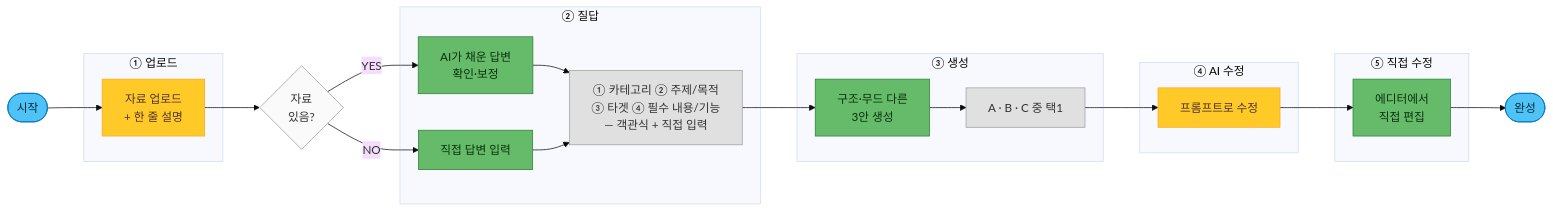
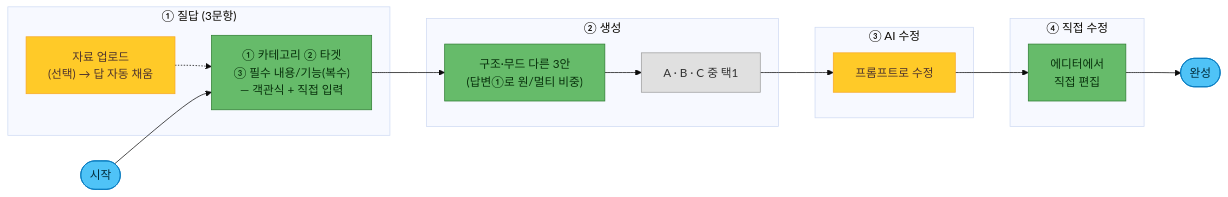
One commit to CdBd-in/cdbd-templates changed the diagram in 1. 작업 가이드/1-9. AI 유저 플로우 (제품 설계도).md. Above: the diagram before and after it, drawn with Mermaid (base theme). The commit also changed other lines of this file, not shown here.

Commit message:
vault backup: 2026-07-09 11:36:23

````diff
--- a/1. 작업 가이드/1-9. AI 유저 플로우 (제품 설계도).md
+++ b/1. 작업 가이드/1-9. AI 유저 플로우 (제품 설계도).md
@@ -89,39 +89,30 @@
 ```mermaid
 flowchart LR
     Start(["시작"]):::term
-    subgraph P1["① 업로드"]
-        U["자료 업로드<br/>+ 한 줄 설명"]:::opt
+    subgraph P1["① 질답 (3문항)"]
+        QS["① 카테고리 ② 타겟<br/>③ 필수 내용/기능(복수)<br/>— 객관식 + 직접 입력"]:::req
+        UP["자료 업로드<br/>(선택) → 답 자동 채움"]:::opt
+        UP -.-> QS
     end
-    Q{"자료<br/>있음?"}:::dec
-    subgraph P2["② 질답"]
-        Y["AI가 채운 답변<br/>확인·보정"]:::req
-        N["직접 답변 입력"]:::req
-        QS["① 카테고리 ② 주제/목적<br/>③ 타겟 ④ 필수 내용/기능<br/>— 객관식 + 직접 입력"]:::sub
-        Y --> QS
-        N --> QS
-    end
-    subgraph P3["③ 생성"]
-        G["구조·무드 다른<br/>3안 생성"]:::req
+    subgraph P2["② 생성"]
+        G["구조·무드 다른 3안<br/>(답변①로 원/멀티 비중)"]:::req
         ABC["A · B · C 중 택1"]:::sub
         G --> ABC
     end
-    subgraph P4["④ AI 수정"]
+    subgraph P3["③ AI 수정"]
         AIe["프롬프트로 수정"]:::opt
     end
-    subgraph P5["⑤ 직접 수정"]
+    subgraph P4["④ 직접 수정"]
         Ed["에디터에서<br/>직접 편집"]:::req
     end
     Done(["완성"]):::term
 
-    Start --> U --> Q
-    Q -->|YES| Y
-    Q -->|NO| N
+    Start --> QS
     QS --> G
     ABC --> AIe --> Ed --> Done
 
     classDef term fill:#4FC3F7,stroke:#0277BD,color:#012B39;
     classDef opt fill:#FFCA28,stroke:#F9A825,color:#4E342E;
     classDef req fill:#66BB6A,stroke:#2E7D32,color:#08310C;
     classDef sub fill:#E0E0E0,stroke:#9E9E9E,color:#333333;
-    classDef dec fill:#FAFAFA,stroke:#9E9E9E,color:#333333;
 ```
````
